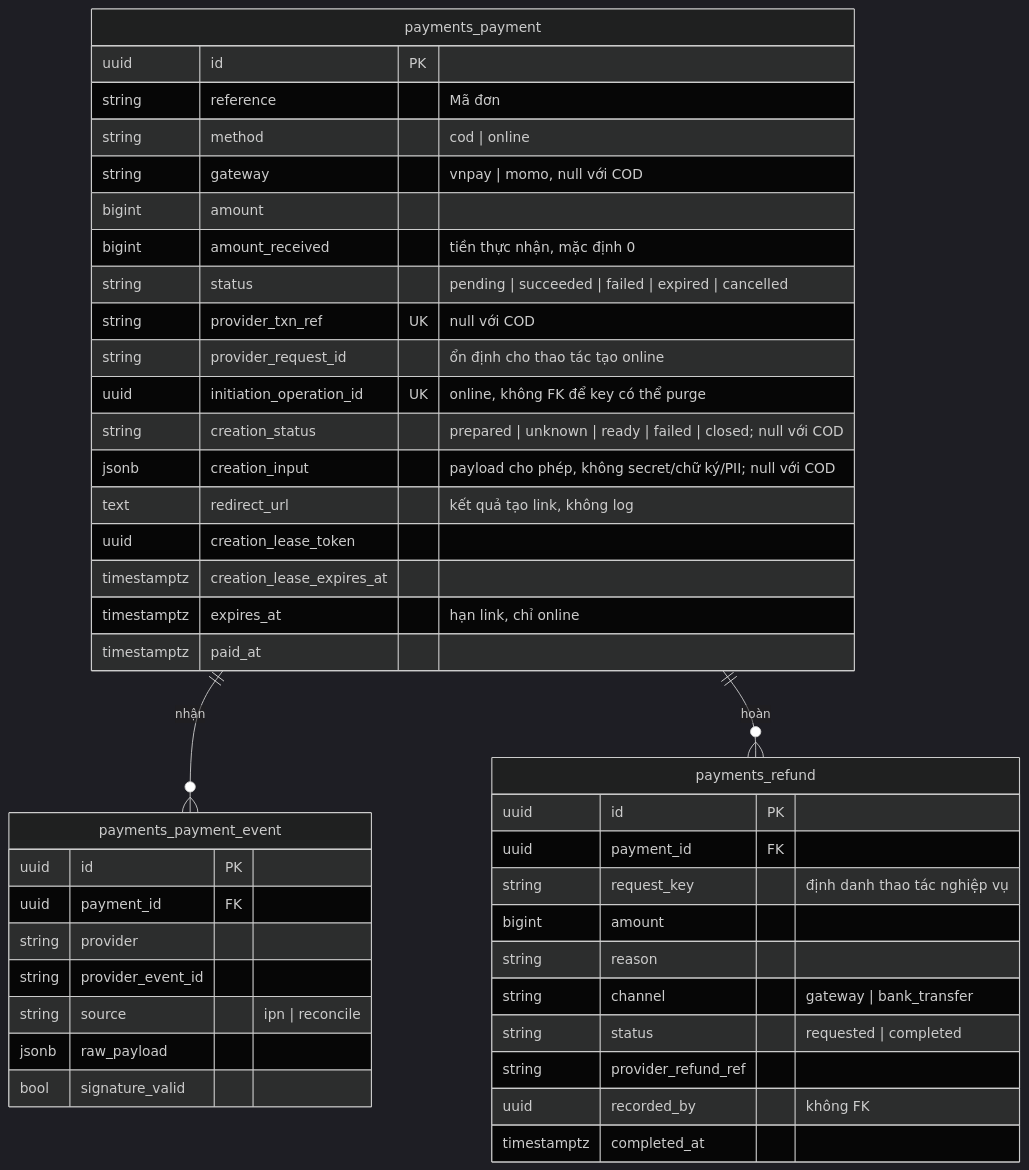
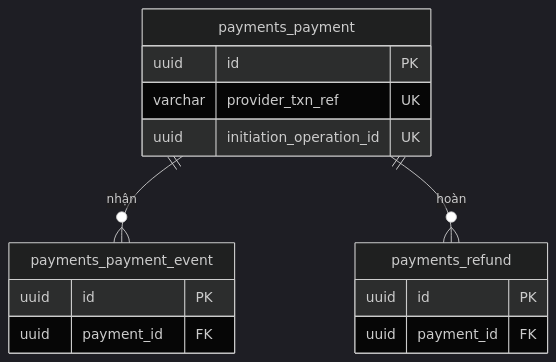
The seventh of 10 diagrams in docs/architecture/03-data-model.md (LuongCongThanh/boilerplate-ecommerce-next-16), drawn with Mermaid (dark theme) before and after one commit. The commit also changed other lines of this file and 21 other files, not shown here.

````diff
--- a/docs/architecture/03-data-model.md
+++ b/docs/architecture/03-data-model.md
@@ -354,45 +755,18 @@
 ```mermaid
 erDiagram
     payments_payment ||--o{ payments_payment_event : "nhận"
     payments_payment ||--o{ payments_refund : "hoàn"
     payments_payment {
         uuid id PK
-        string reference "Mã đơn"
-        string method "cod | online"
-        string gateway "vnpay | momo, null với COD"
-        bigint amount
-        bigint amount_received "tiền thực nhận, mặc định 0"
-        string status "pending | succeeded | failed | expired | cancelled"
-        string provider_txn_ref UK "null với COD"
-        string provider_request_id "ổn định cho thao tác tạo online"
-        uuid initiation_operation_id UK "online, không FK để key có thể purge"
-        string creation_status "prepared | unknown | ready | failed | closed; null với COD"
-        jsonb creation_input "payload cho phép, không secret/chữ ký/PII; null với COD"
-        text redirect_url "kết quả tạo link, không log"
-        uuid creation_lease_token
-        timestamptz creation_lease_expires_at
-        timestamptz expires_at "hạn link, chỉ online"
-        timestamptz paid_at
+        varchar provider_txn_ref UK
+        uuid initiation_operation_id UK
     }
     payments_payment_event {
         uuid id PK
         uuid payment_id FK
-        string provider
-        string provider_event_id
-        string source "ipn | reconcile"
-        jsonb raw_payload
-        bool signature_valid
     }
     payments_refund {
         uuid id PK
         uuid payment_id FK
-        string request_key "định danh thao tác nghiệp vụ"
-        bigint amount
-        string reason
-        string channel "gateway | bank_transfer"
-        string status "requested | completed"
-        string provider_refund_ref
-        uuid recorded_by "không FK"
-        timestamptz completed_at
     }
 ```
````
